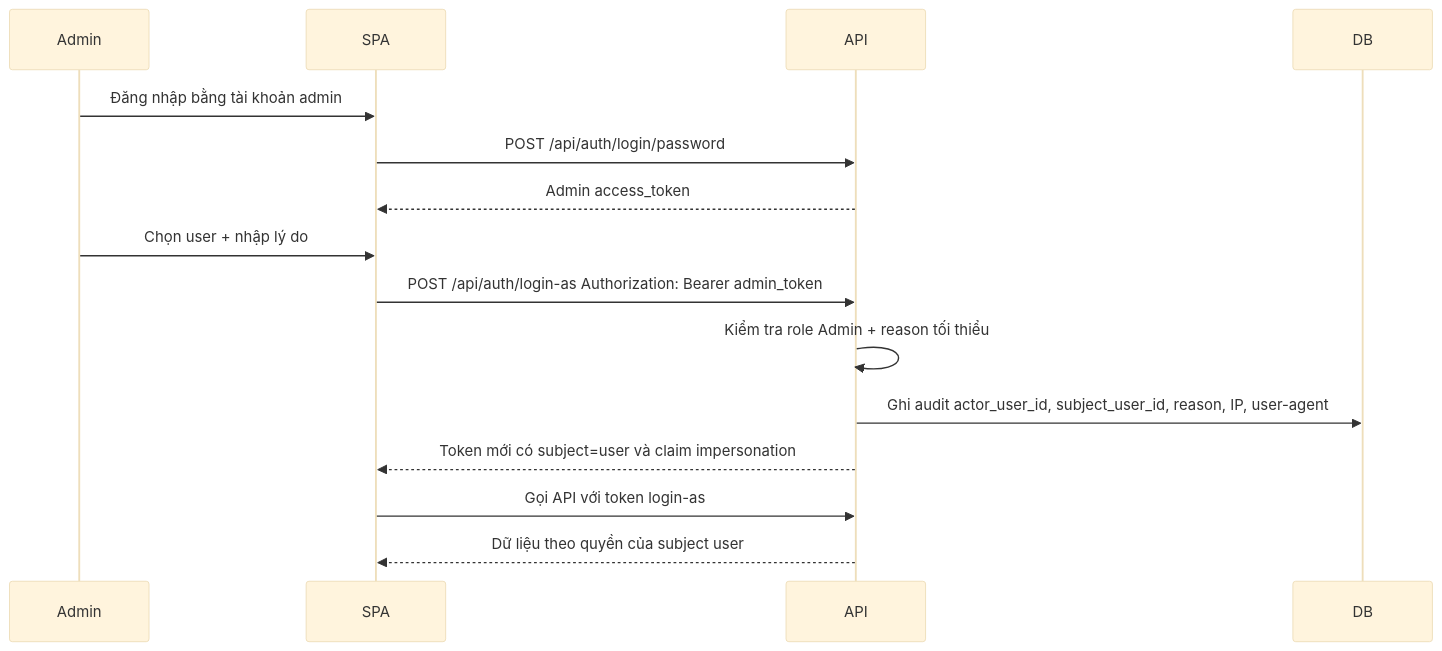
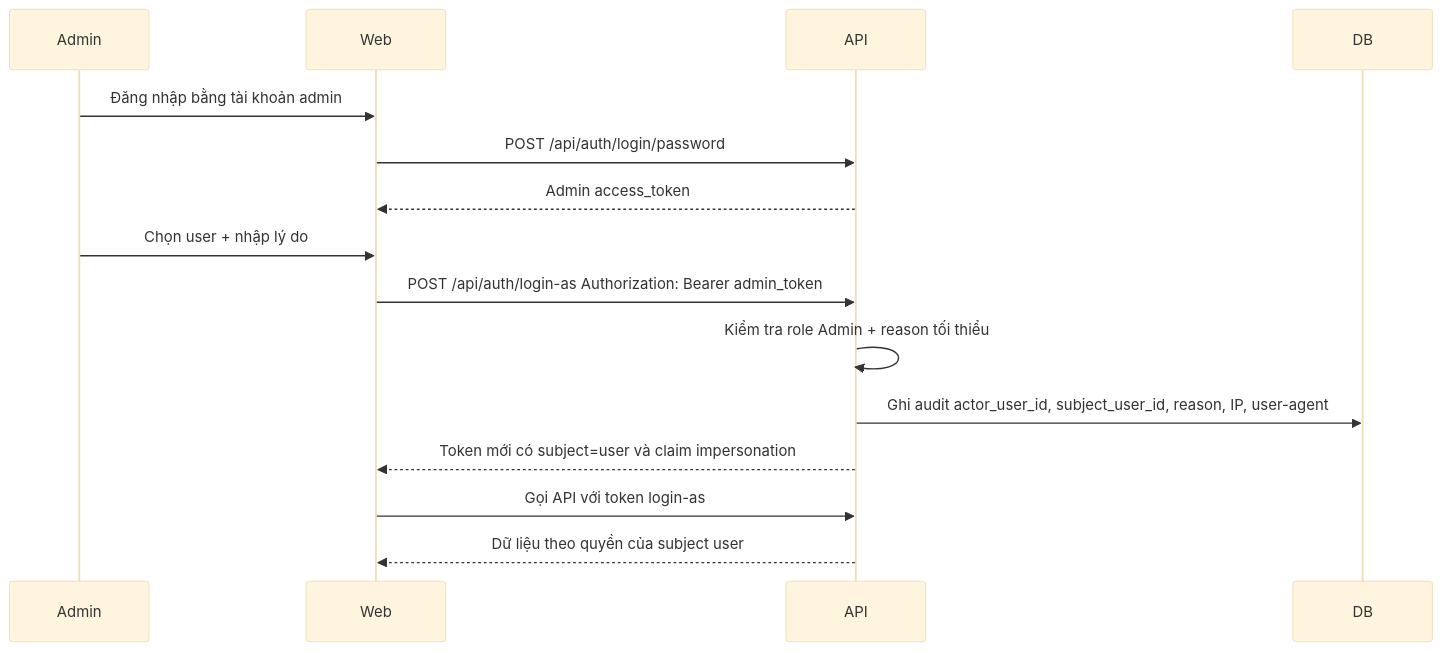
The fifth of 5 diagrams in docs/sso-design.md (cleondev/SSOExample), drawn with Mermaid (base theme) before and after one commit. The commit also changed other lines of this file and 18 other files, not shown here.

Commit message:
Host jQuery SPA in Web project only

````diff
--- a/docs/sso-design.md
+++ b/docs/sso-design.md
@@ -110,18 +110,18 @@
 ```mermaid
 sequenceDiagram
     participant Admin
-    participant SPA
+    participant Web
     participant API
     participant DB
 
-    Admin->>SPA: Đăng nhập bằng tài khoản admin
-    SPA->>API: POST /api/auth/login/password
-    API-->>SPA: Admin access_token
-    Admin->>SPA: Chọn user + nhập lý do
-    SPA->>API: POST /api/auth/login-as Authorization: Bearer admin_token
+    Admin->>Web: Đăng nhập bằng tài khoản admin
+    Web->>API: POST /api/auth/login/password
+    API-->>Web: Admin access_token
+    Admin->>Web: Chọn user + nhập lý do
+    Web->>API: POST /api/auth/login-as Authorization: Bearer admin_token
     API->>API: Kiểm tra role Admin + reason tối thiểu
     API->>DB: Ghi audit actor_user_id, subject_user_id, reason, IP, user-agent
-    API-->>SPA: Token mới có subject=user và claim impersonation
-    SPA->>API: Gọi API với token login-as
-    API-->>SPA: Dữ liệu theo quyền của subject user
+    API-->>Web: Token mới có subject=user và claim impersonation
+    Web->>API: Gọi API với token login-as
+    API-->>Web: Dữ liệu theo quyền của subject user
 ```
````
